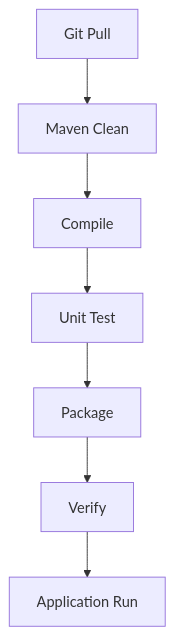
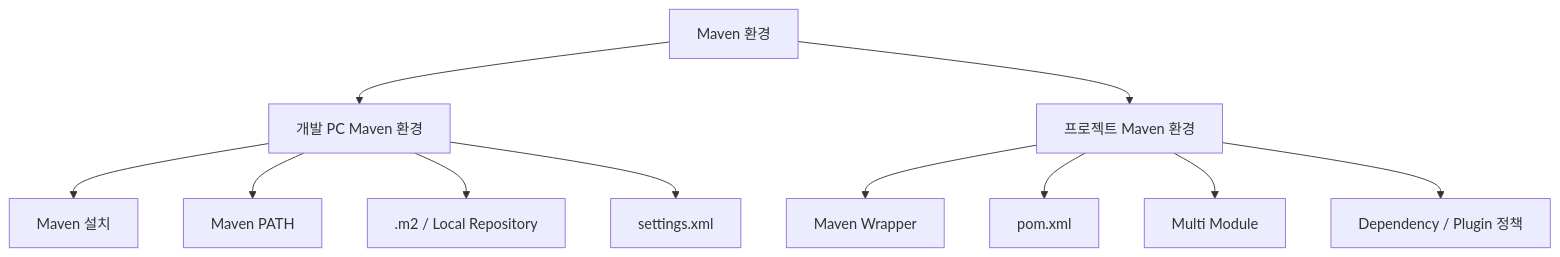
The second of 3 diagrams in docs/01_project_start/02_environment/maven/maven_setup.md (Team-Microserver/microserver-docs), drawn with Mermaid before and after one commit. The commit also changed other lines of this file and 1 other file, not shown here.

Commit message:
maven 위치 변경

````diff
--- a/docs/01_project_start/02_environment/maven/maven_setup.md
+++ b/docs/01_project_start/02_environment/maven/maven_setup.md
@@ -551,9 +106,17 @@
 ```mermaid
-flowchart TD
-    A[Git Pull] --> B[Maven Clean]
-    B --> C[Compile]
-    C --> D[Unit Test]
-    D --> E[Package]
-    E --> F[Verify]
-    F --> G[Application Run]
+flowchart TB
+    MAVEN[Maven 환경]
+
+    MAVEN --> LOCAL[개발 PC Maven 환경]
+    MAVEN --> PROJECT[프로젝트 Maven 환경]
+
+    LOCAL --> INSTALL[Maven 설치]
+    LOCAL --> PATH[Maven PATH]
+    LOCAL --> M2[.m2 / Local Repository]
+    LOCAL --> SETTINGS[settings.xml]
+
+    PROJECT --> WRAPPER[Maven Wrapper]
+    PROJECT --> POM[pom.xml]
+    PROJECT --> MODULE[Multi Module]
+    PROJECT --> DEP[Dependency / Plugin 정책]
 ```
````
